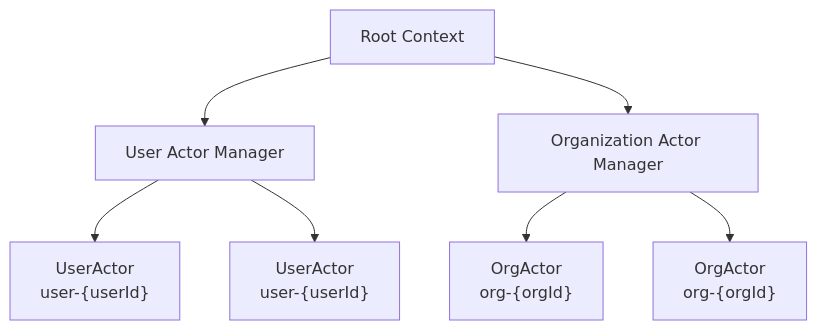
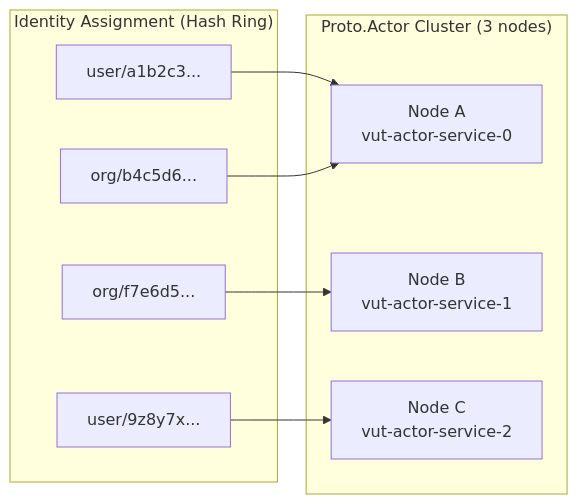
Before and after one commit to lekhasy/Vut: the third of 19 diagrams in epics/01-epic-first-signin-org/architecture/architecture.md, drawn with Mermaid. The commit also changed other lines of this file and 4 other files, not shown here.

````diff
--- a/epics/01-epic-first-signin-org/architecture/architecture.md
+++ b/epics/01-epic-first-signin-org/architecture/architecture.md
@@ -392,10 +203,15 @@
 ```mermaid
-graph TD
-    Root["Root Context"]
-    Root --> UAManager["User Actor Manager"]
-    Root --> OAManager["Organization Actor Manager"]
-    UAManager --> UA1["UserActor<br/>user-{userId}"]
-    UAManager --> UA2["UserActor<br/>user-{userId}"]
-    OAManager --> OA1["OrgActor<br/>org-{orgId}"]
-    OAManager --> OA2["OrgActor<br/>org-{orgId}"]
+graph LR
+    subgraph "Proto.Actor Cluster (3 nodes)"
+        N1["Node A<br/>vut-actor-service-0"]
+        N2["Node B<br/>vut-actor-service-1"]
+        N3["Node C<br/>vut-actor-service-2"]
+    end
+
+    subgraph "Identity Assignment (Hash Ring)"
+        I1["user/a1b2c3..."] --> N1
+        I2["org/f7e6d5..."] --> N2
+        I3["user/9z8y7x..."] --> N3
+        I4["org/b4c5d6..."] --> N1
+    end
 ```
````
